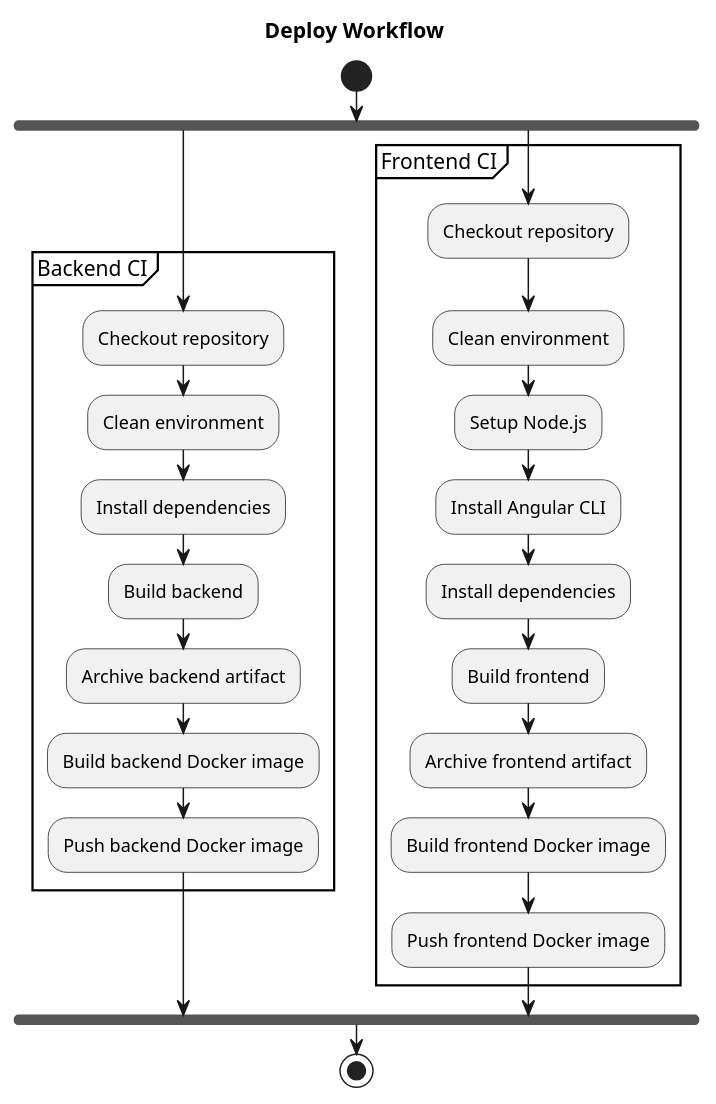
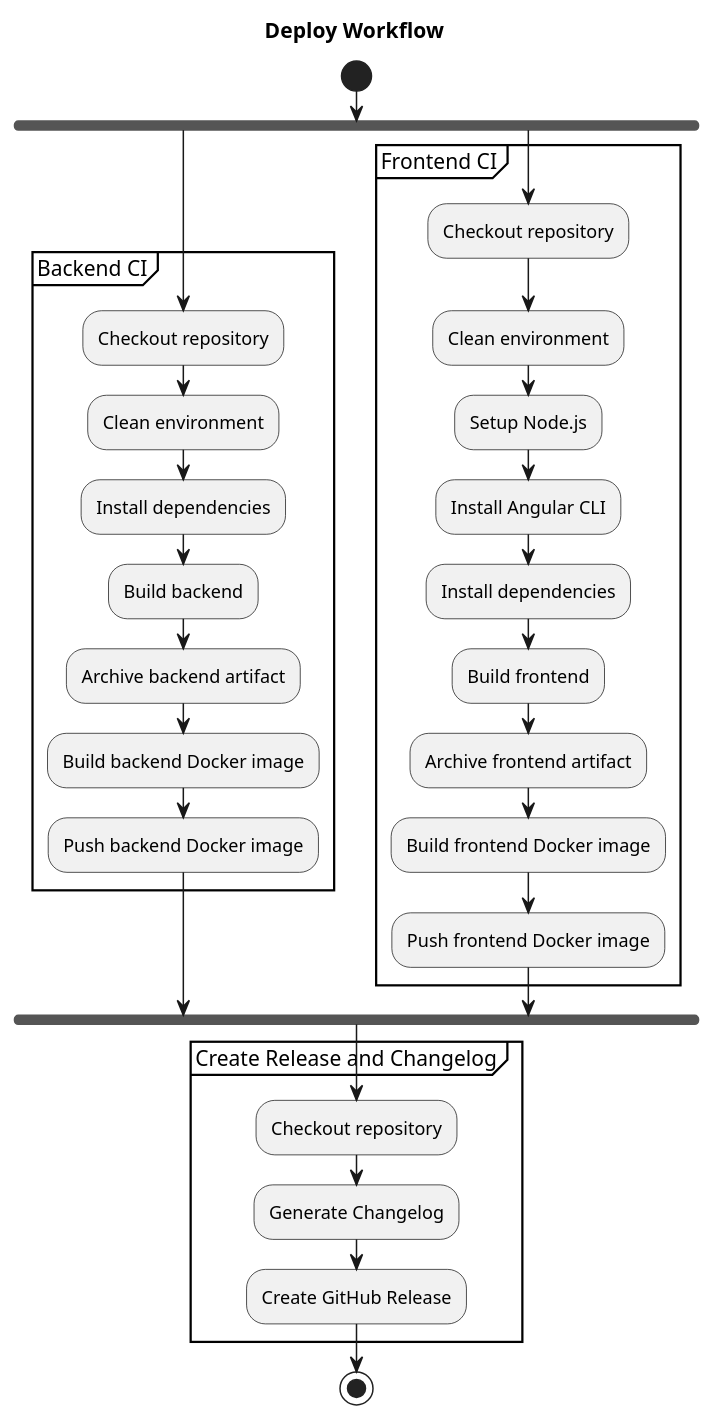
The diagram in Deliverables/Documentation/P2_sprint2/release.puml (pedrofern/desofs2024_M1A_1), drawn with PlantUML before and after one commit. The commit also changed 1 other file, not shown here.

Commit message:
#7 Release Documentation

```diff
--- a/Deliverables/Documentation/P2_sprint2/release.puml
+++ b/Deliverables/Documentation/P2_sprint2/release.puml
@@ -1,31 +1,37 @@
 @startuml
 title Deploy Workflow
 
 start
 
 fork
     partition "Backend CI" {
         :Checkout repository;
         :Clean environment;
         :Install dependencies;
         :Build backend;
         :Archive backend artifact;
         :Build backend Docker image;
         :Push backend Docker image;
     }
 fork again
     partition "Frontend CI" {
         :Checkout repository;
         :Clean environment;
         :Setup Node.js;
         :Install Angular CLI;
         :Install dependencies;
         :Build frontend;
         :Archive frontend artifact;
         :Build frontend Docker image;
         :Push frontend Docker image;
     }
 end fork
 
+partition "Create Release and Changelog" {
+    :Checkout repository;
+    :Generate Changelog;
+    :Create GitHub Release;
+}
+
 stop
 @enduml
```
